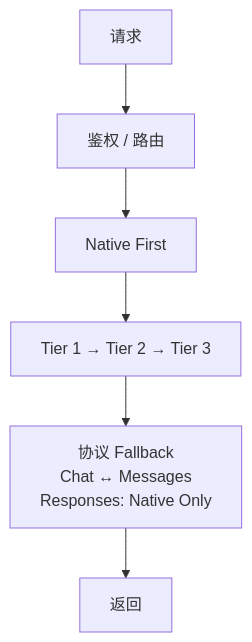
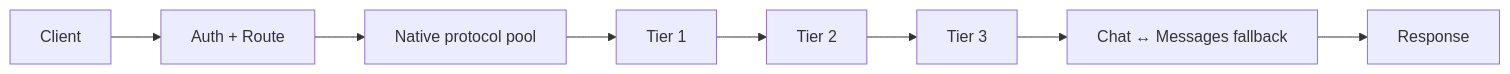
The diagram in README.md (fongap/ai-gateway), drawn with Mermaid before and after one commit. The commit also changed other lines of this file and 23 other files, not shown here.

Commit message:
docs: make English canonical and align governance with current architecture

````diff
--- a/README.md
+++ b/README.md
@@ -15,8 +28,10 @@
 ```mermaid
-flowchart TB
-    A[请求] --> B[鉴权 / 路由]
-    B --> C[Native First]
-    C --> D[Tier 1 → Tier 2 → Tier 3]
-    D --> E["协议 Fallback<br/>Chat ↔ Messages<br/>Responses: Native Only"]
-    E --> F[返回]
+flowchart LR
+    A[Client] --> B[Auth + Route]
+    B --> C[Native protocol pool]
+    C --> D[Tier 1]
+    D --> E[Tier 2]
+    E --> F[Tier 3]
+    F --> G[Chat ↔ Messages fallback]
+    G --> H[Response]
 ```
````
